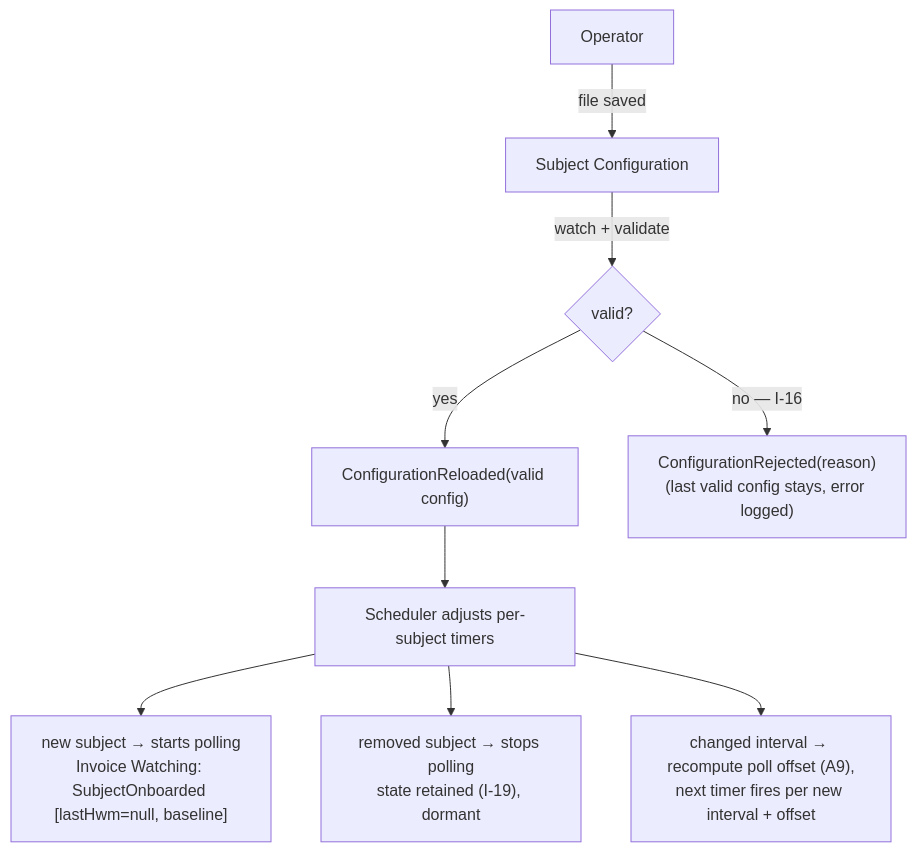
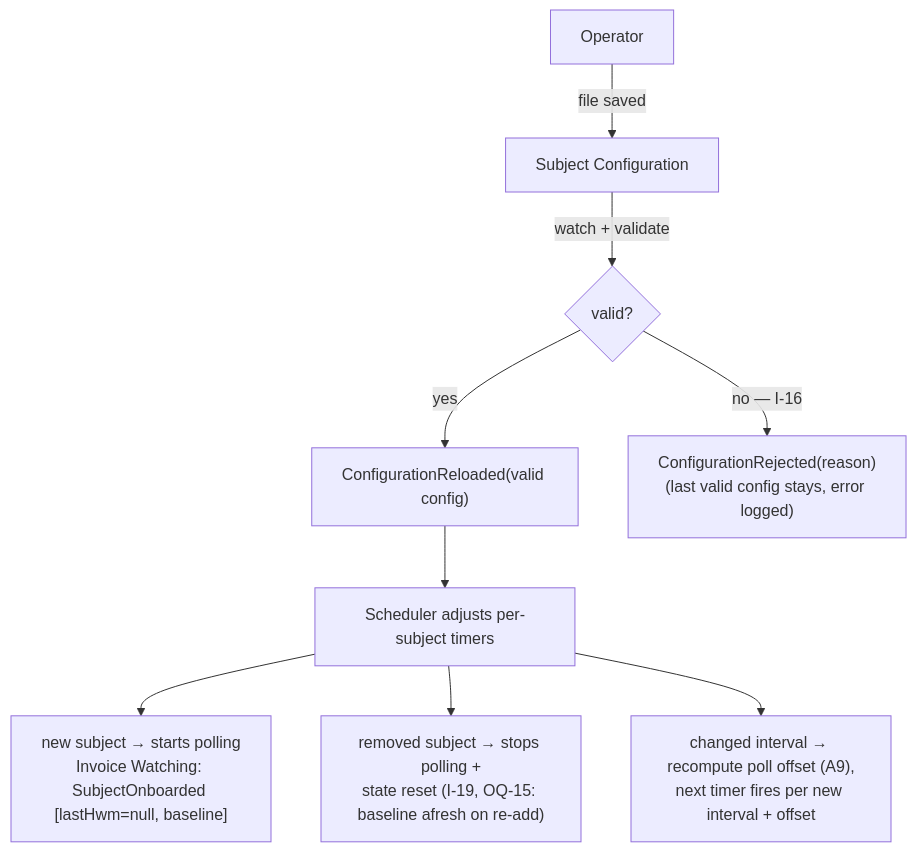
The fourth of 4 diagrams in docs/05_connect_message_flows.md (mmalessa/ksef-watcher), drawn with Mermaid before and after one commit. The commit also changed other lines of this file and 12 other files, not shown here.

````diff
--- a/docs/05_connect_message_flows.md
+++ b/docs/05_connect_message_flows.md
@@ -75,11 +75,11 @@
 ```mermaid
 flowchart TD
     OP["Operator"] -->|"file saved"| CFG["Subject Configuration"]
     CFG -->|"watch + validate"| DEC{"valid?"}
     DEC -->|"yes"| REL["ConfigurationReloaded(valid config)"]
     DEC -->|"no — I-16"| REJ["ConfigurationRejected(reason)<br/>(last valid config stays, error logged)"]
     REL --> SCH["Scheduler adjusts per-subject timers"]
     SCH --> ADD["new subject → starts polling<br/>Invoice Watching: SubjectOnboarded [lastHwm=null, baseline]"]
-    SCH --> REM["removed subject → stops polling<br/>state retained (I-19), dormant"]
+    SCH --> REM["removed subject → stops polling +<br/>state reset (I-19, OQ-15: baseline afresh on re-add)"]
     SCH --> CHG["changed interval → recompute poll offset (A9),<br/>next timer fires per new interval + offset"]
 ```
````
